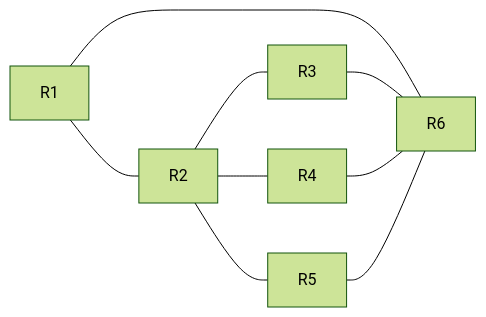
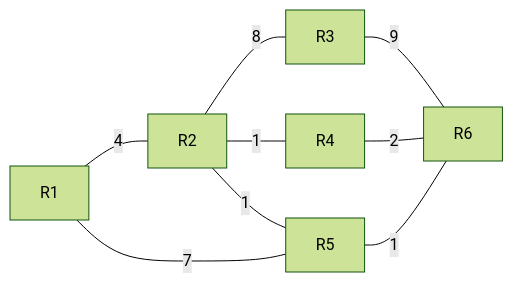
One commit to fhirter/Computer-Networks changed the diagram in Netzwerktechnik/Praktika/09_Network_Layer/Tasks.md. Above: the diagram before and after it, drawn with Mermaid (forest theme). The commit also changed other lines of this file, not shown here.

````diff
--- a/Netzwerktechnik/Praktika/09_Network_Layer/Tasks.md
+++ b/Netzwerktechnik/Praktika/09_Network_Layer/Tasks.md
@@ -31,11 +31,11 @@
 ```mermaid
 flowchart LR
-    R1 --- R6
-    R1 --- R2
-    R2 --- R3
-    R2 --- R4
-    R2 --- R5
-    R3 --- R6
-    R4 --- R6
-    R5 --- R6
+    R2 ---|1| R5
+    R1 ---|7| R5
+    R1 ---|4| R2
+    R2 ---|8| R3
+    R2 ---|1| R4
+    R3 ---|9| R6
+    R4 ---|2| R6
+    R5 ---|1| R6
 ```
````
